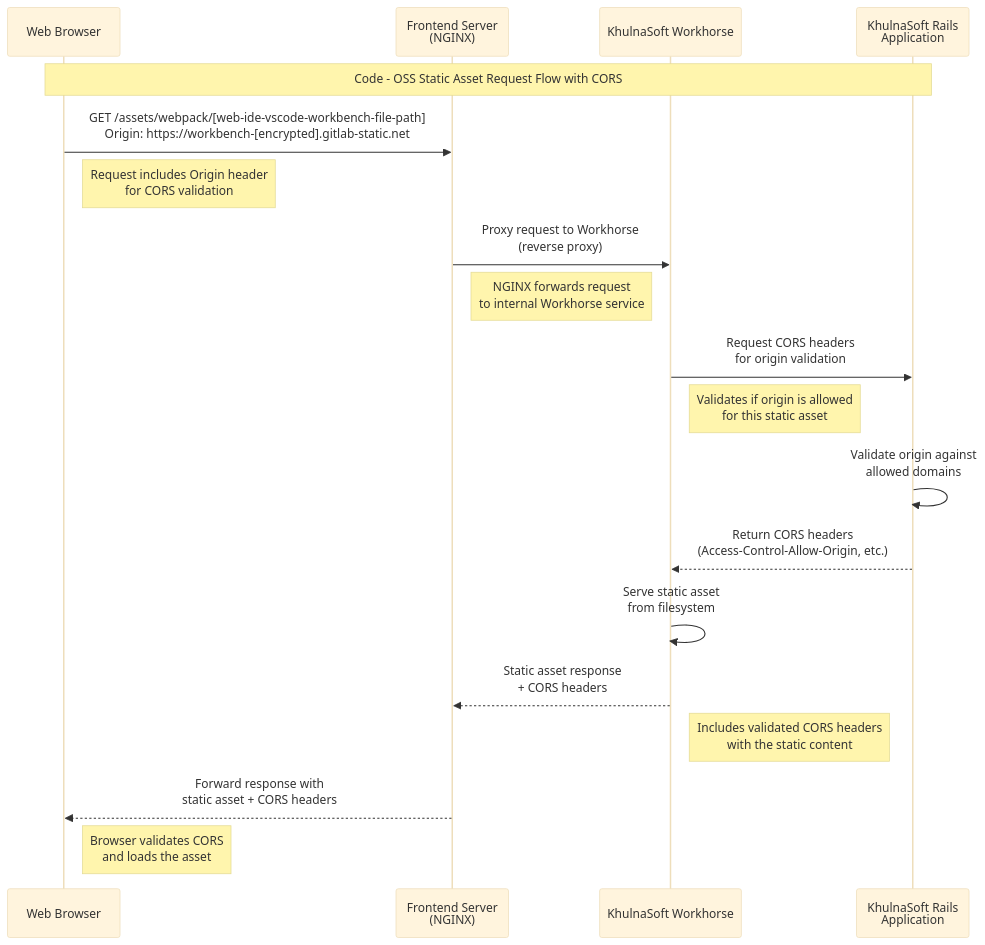
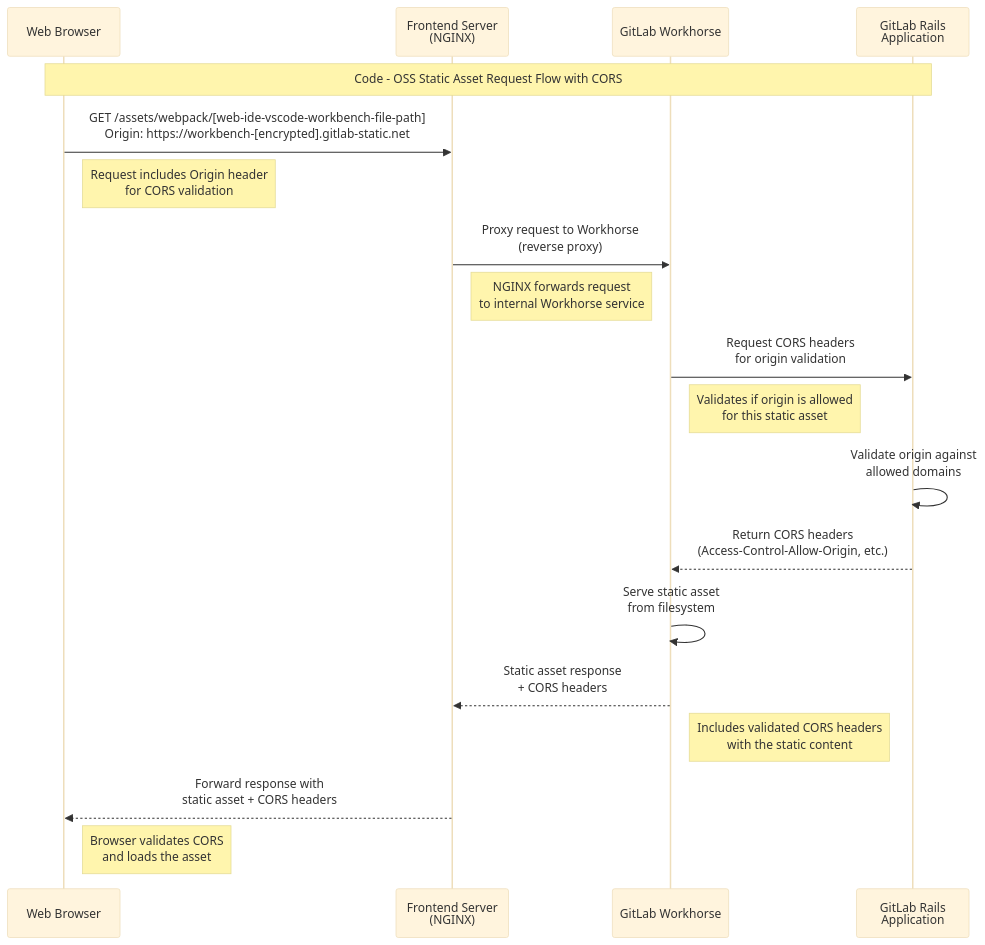
Before and after one commit to khulnasoft-bot/web-ide: the second of 2 diagrams in docs/development/deployment.md, drawn with Mermaid (base theme). The commit also changed other lines of this file and 385 other files, not shown here.

````diff
--- a/docs/development/deployment.md
+++ b/docs/development/deployment.md
@@ -114,29 +114,29 @@
 ```mermaid
 sequenceDiagram
     participant Browser as Web Browser
     participant Frontend as Frontend Server<br/>(NGINX)
-    participant Workhorse as KhulnaSoft Workhorse
-    participant Rails as KhulnaSoft Rails<br/>Application
+    participant Workhorse as GitLab Workhorse
+    participant Rails as GitLab Rails<br/>Application
 
     Note over Browser,Rails: Code - OSS Static Asset Request Flow with CORS
 
     Browser->>Frontend: GET /assets/webpack/[web-ide-vscode-workbench-file-path]<br/>Origin: https://workbench-[encrypted].gitlab-static.net
     Note right of Browser: Request includes Origin header<br/>for CORS validation
 
     Frontend->>Workhorse: Proxy request to Workhorse<br/>(reverse proxy)
     Note right of Frontend: NGINX forwards request<br/>to internal Workhorse service
 
     Workhorse->>Rails: Request CORS headers<br/>for origin validation
     Note right of Workhorse: Validates if origin is allowed<br/>for this static asset
 
     Rails->>Rails: Validate origin against<br/>allowed domains
     Rails-->>Workhorse: Return CORS headers<br/>(Access-Control-Allow-Origin, etc.)
 
     Workhorse->>Workhorse: Serve static asset<br/>from filesystem
 
     Workhorse-->>Frontend: Static asset response<br/>+ CORS headers
     Note right of Workhorse: Includes validated CORS headers<br/>with the static content
 
     Frontend-->>Browser: Forward response with<br/>static asset + CORS headers
     Note right of Browser: Browser validates CORS<br/>and loads the asset
 ```
````
